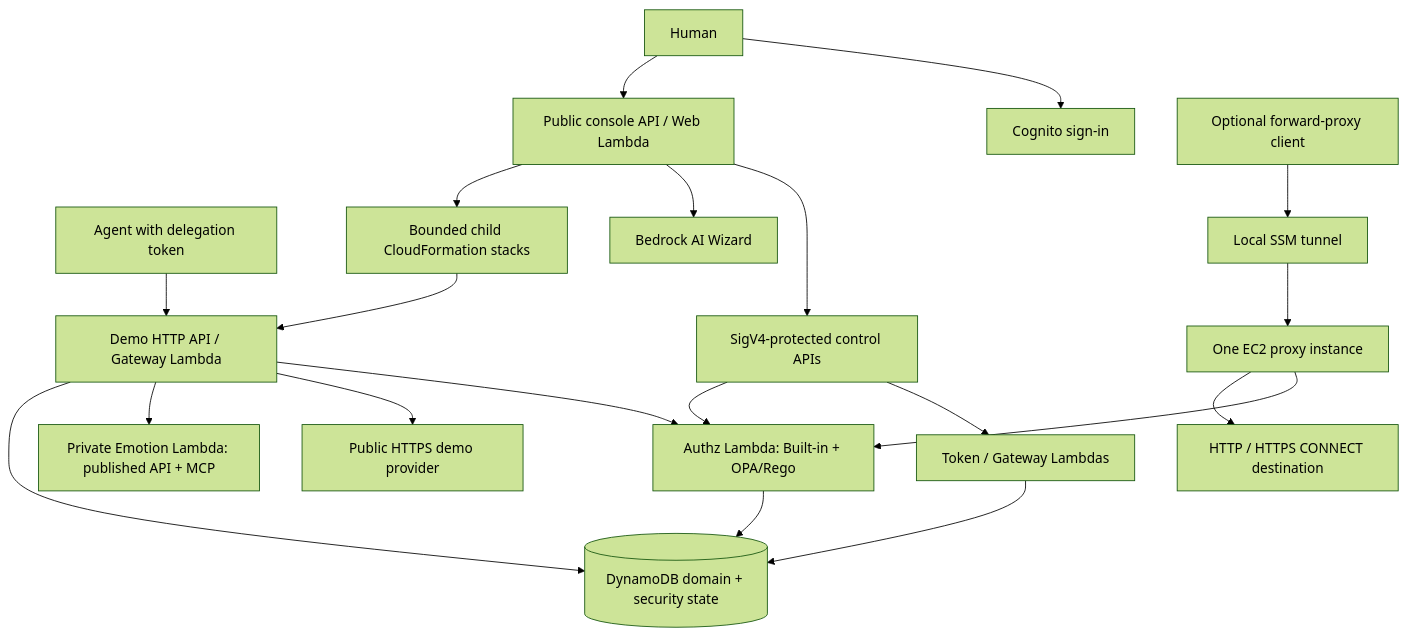
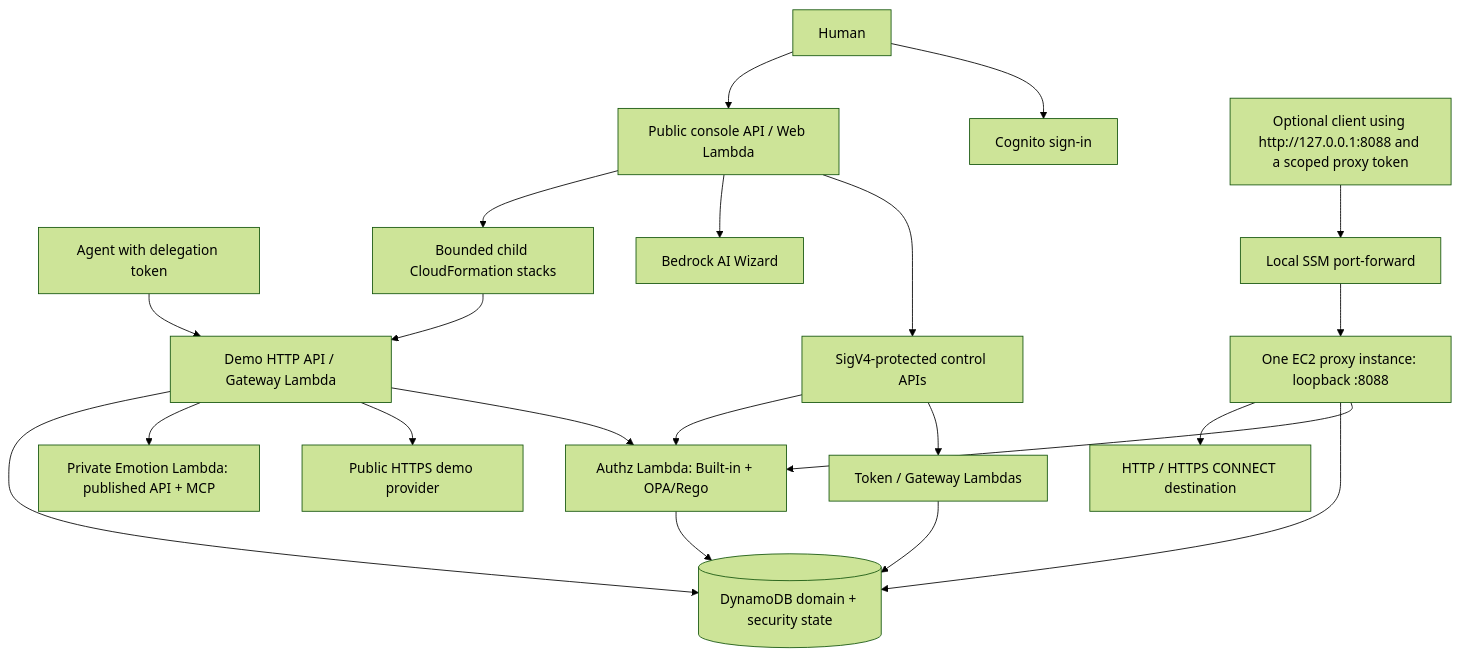
Before and after one commit to stevef1uk/agent-gateway-runtime: the diagram in docs/Architecture.md, drawn with Mermaid (forest theme). The commit also changed other lines of this file and 1 other file, not shown here.

Commit message:
docs(aws): diagram local proxy testing flow

````diff
--- a/docs/Architecture.md
+++ b/docs/Architecture.md
@@ -5,22 +5,23 @@
 ```mermaid
 flowchart TB
  Human[Human] --> Cognito[Cognito sign-in]
  Human --> Web[Public console API / Web Lambda]
  Agent[Agent with delegation token] --> PEP[Demo HTTP API / Gateway Lambda]
  Web --> IAM[SigV4-protected control APIs]
  IAM --> Control[Token / Gateway Lambdas]
  IAM --> Authz[Authz Lambda: Built-in + OPA/Rego]
  Web --> Bedrock[Bedrock AI Wizard]
  Web --> CF[Bounded child CloudFormation stacks]
  CF --> PEP
  PEP --> Authz
  PEP --> Public[Public HTTPS demo provider]
  PEP --> Emotion[Private Emotion Lambda: published API + MCP]
  Control --> State[(DynamoDB domain + security state)]
  Authz --> State
  PEP --> State
- Client[Optional forward-proxy client] --> Tunnel[Local SSM tunnel]
- Tunnel --> VM[One EC2 proxy instance]
+ Client[Optional client using http://127.0.0.1:8088 and a scoped proxy token] --> Tunnel[Local SSM port-forward]
+ Tunnel --> VM[One EC2 proxy instance: loopback :8088]
  VM --> Authz
+ VM --> State
  VM --> Destination[HTTP / HTTPS CONNECT destination]
 ```
````
